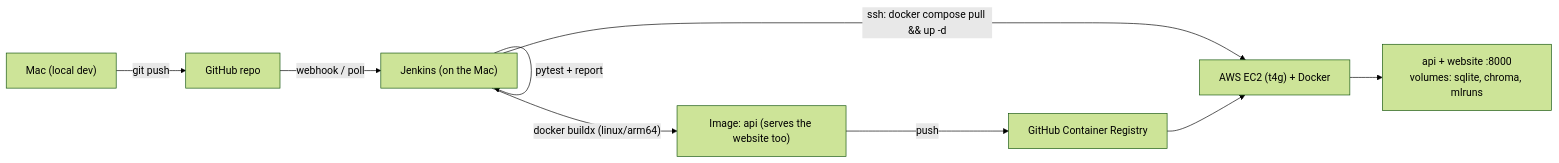
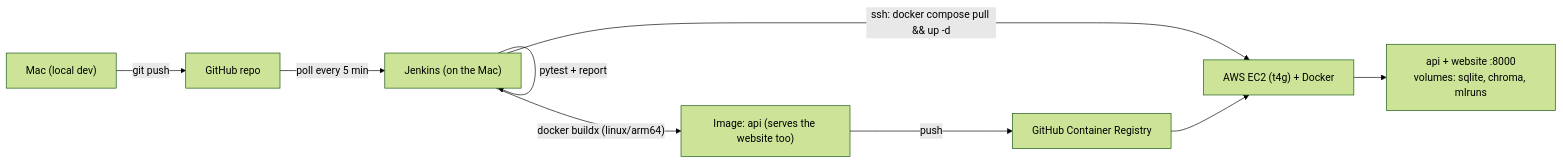
Before and after one commit to ShubhranshuVerma/NutriChef_AI: the sixth of 6 diagrams in docs/architecture.md, drawn with Mermaid (forest theme). The commit also changed other lines of this file and 4 other files, not shown here.

Commit message:
Jenkins: HTML test report that opens after every build

````diff
--- a/docs/architecture.md
+++ b/docs/architecture.md
@@ -458,11 +459,11 @@
 ```mermaid
 flowchart LR
     Dev["Mac (local dev)"] -->|"git push"| GH["GitHub repo"]
-    GH -->|"webhook / poll"| J["Jenkins (on the Mac)"]
+    GH -->|"poll every 5 min"| J["Jenkins (on the Mac)"]
     J -->|"pytest + report"| J
     J -->|"docker buildx (linux/arm64)"| IMG["Image: api (serves the website too)"]
     IMG -->|"push"| REG["GitHub Container Registry"]
     J -->|"ssh: docker compose pull && up -d"| EC2["AWS EC2 (t4g) + Docker"]
     REG --> EC2
     EC2 --> APP["api + website :8000<br/>volumes: sqlite, chroma, mlruns"]
 ```
````
